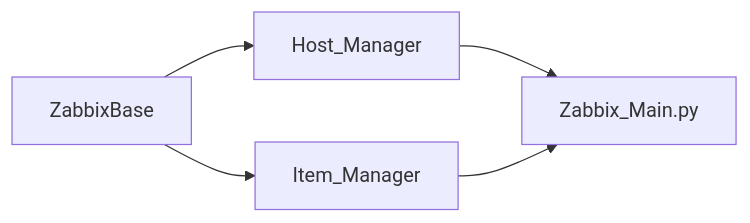
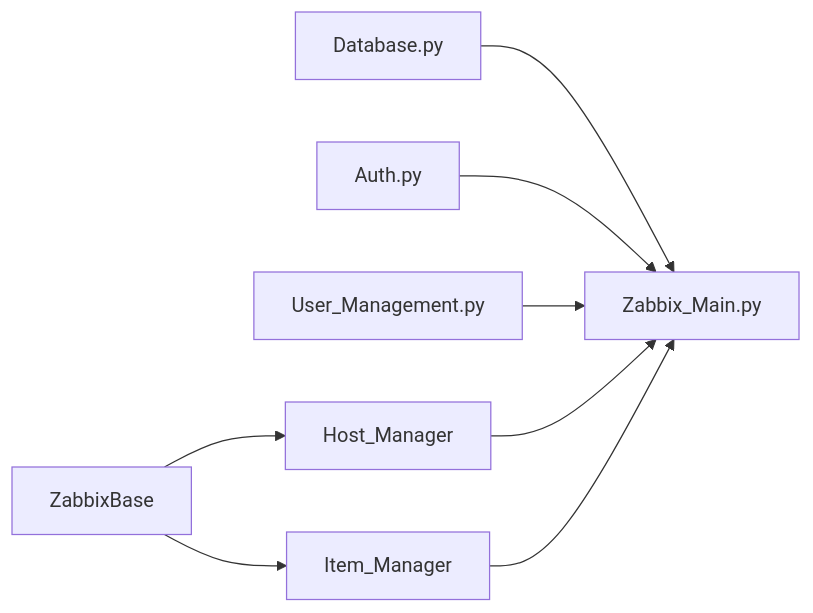
Before and after one commit to OpenClawXX/Zabbix_Portal: the diagram in CLAUDE.md, drawn with Mermaid. The commit also changed other lines of this file and 52 other files, not shown here.

````diff
--- a/CLAUDE.md
+++ b/CLAUDE.md
@@ -101,7 +120,10 @@
 ```mermaid
 flowchart LR
     ZabbixBase --> Host_Manager
     ZabbixBase --> Item_Manager
-    Host_Manager --> main["Zabbix_Main.py"]
+    Database.py --> main["Zabbix_Main.py"]
+    Auth.py --> main
+    User_Management.py --> main
+    Host_Manager --> main
     Item_Manager --> main
 ```
````
